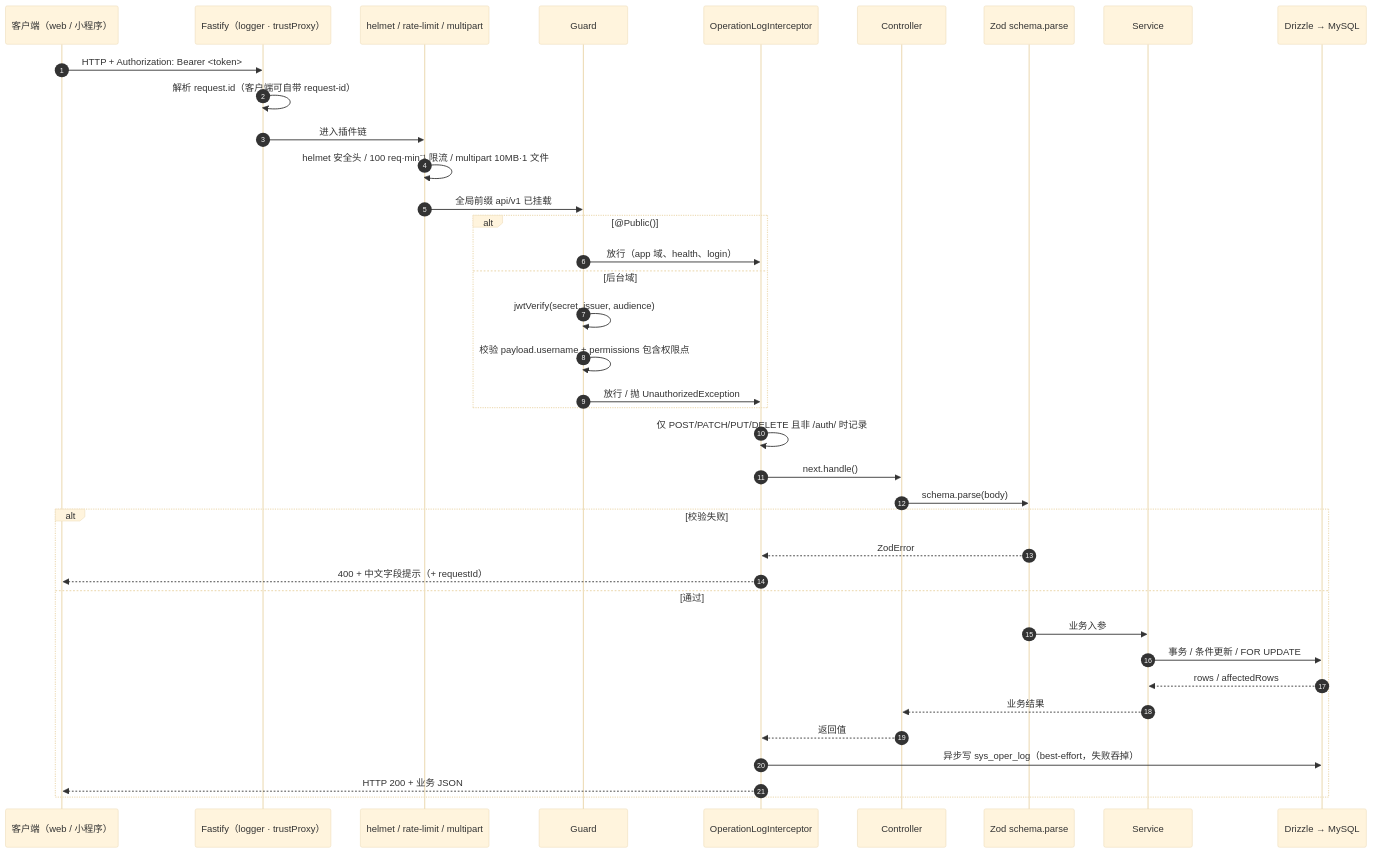
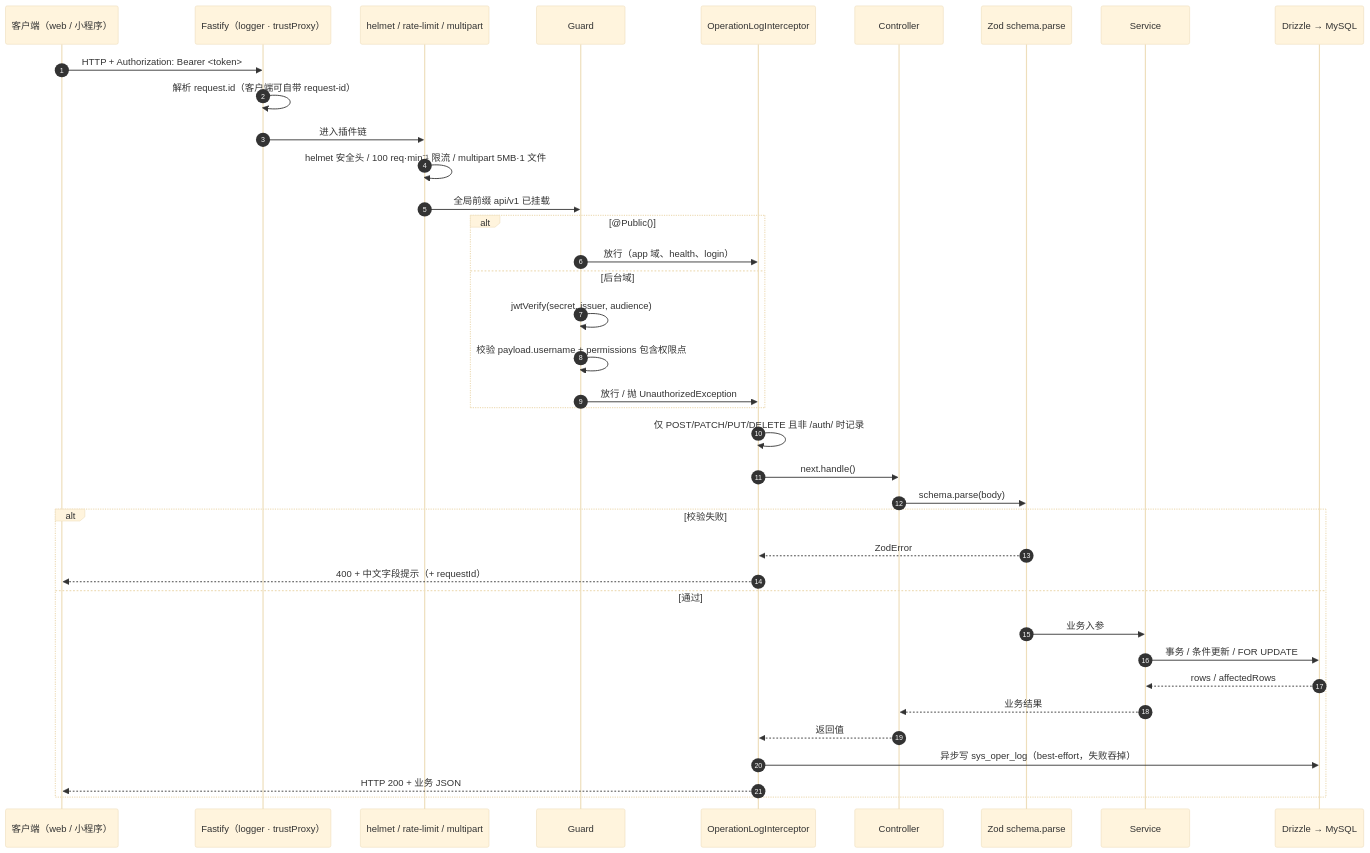
Before and after one commit to zyhnbyyds/manicure-project: the second of 3 diagrams in dev-docs/overview/architecture.md, drawn with Mermaid (base theme). The commit also changed other lines of this file and 177 other files, not shown here.

````diff
--- a/dev-docs/overview/architecture.md
+++ b/dev-docs/overview/architecture.md
@@ -141,41 +141,41 @@
 ```mermaid
 sequenceDiagram
   autonumber
   participant C as 客户端（web / 小程序）
   participant F as Fastify（logger · trustProxy）
   participant H as helmet / rate-limit / multipart
   participant G as Guard
   participant I as OperationLogInterceptor
   participant CT as Controller
   participant Z as Zod schema.parse
   participant S as Service
   participant DB as Drizzle → MySQL
 
   C->>F: HTTP + Authorization: Bearer <token>
   F->>F: 解析 request.id（客户端可自带 request-id）
   F->>H: 进入插件链
-  H->>H: helmet 安全头 / 100 req·min⁻¹ 限流 / multipart 10MB·1 文件
+  H->>H: helmet 安全头 / 100 req·min⁻¹ 限流 / multipart 5MB·1 文件
   H->>G: 全局前缀 api/v1 已挂载
   alt @Public()
     G->>I: 放行（app 域、health、login）
   else 后台域
     G->>G: jwtVerify(secret, issuer, audience)
     G->>G: 校验 payload.username + permissions 包含权限点
     G->>I: 放行 / 抛 UnauthorizedException
   end
   I->>I: 仅 POST/PATCH/PUT/DELETE 且非 /auth/ 时记录
   I->>CT: next.handle()
   CT->>Z: schema.parse(body)
   alt 校验失败
     Z-->>I: ZodError
     I-->>C: 400 + 中文字段提示（+ requestId）
   else 通过
     Z->>S: 业务入参
     S->>DB: 事务 / 条件更新 / FOR UPDATE
     DB-->>S: rows / affectedRows
     S-->>CT: 业务结果
     CT-->>I: 返回值
     I->>DB: 异步写 sys_oper_log（best-effort，失败吞掉）
     I-->>C: HTTP 200 + 业务 JSON
   end
 ```
````
